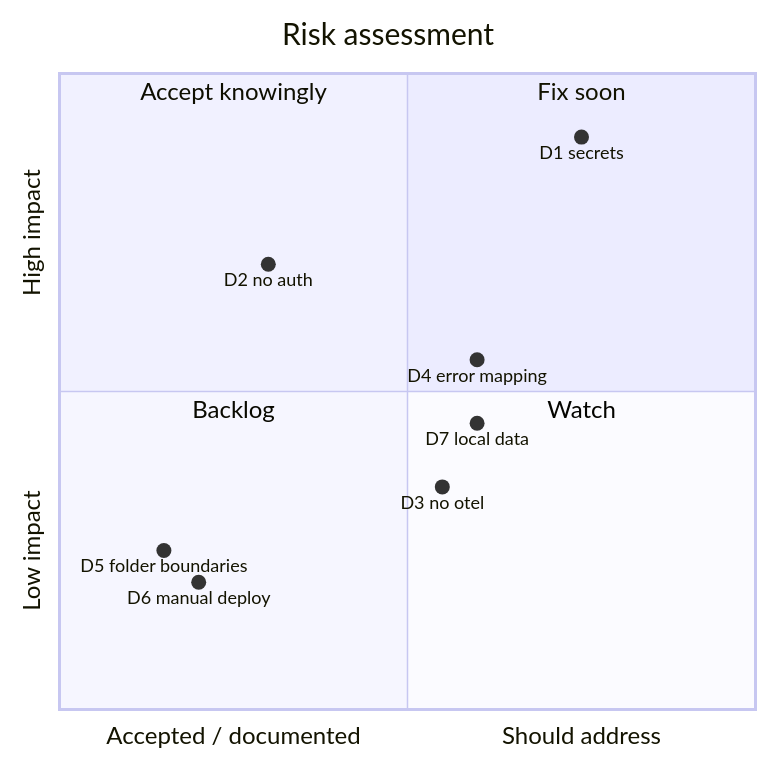
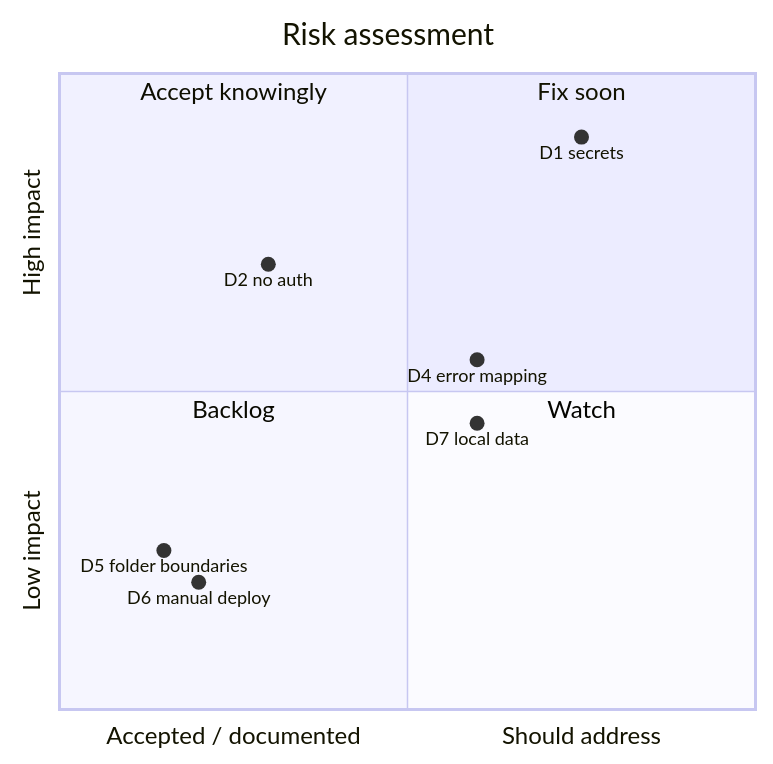
One commit to davwales/ouranos-pantheon changed the diagram in docs/architecture/11-risks-and-technical-debt.md. Above: the diagram before and after it, drawn with Mermaid. The commit also changed other lines of this file and 40 other files, not shown here.

````diff
--- a/docs/architecture/11-risks-and-technical-debt.md
+++ b/docs/architecture/11-risks-and-technical-debt.md
@@ -18,17 +17,16 @@
 ```mermaid
 quadrantChart
     title Risk assessment
     x-axis "Accepted / documented" --> "Should address"
     y-axis "Low impact" --> "High impact"
     quadrant-1 "Fix soon"
     quadrant-2 "Accept knowingly"
     quadrant-3 "Backlog"
     quadrant-4 "Watch"
     "D1 secrets": [0.75, 0.9]
     "D2 no auth": [0.3, 0.7]
-    "D3 no otel": [0.55, 0.35]
     "D4 error mapping": [0.6, 0.55]
     "D5 folder boundaries": [0.15, 0.25]
     "D6 manual deploy": [0.2, 0.2]
     "D7 local data": [0.6, 0.45]
 ```
````
